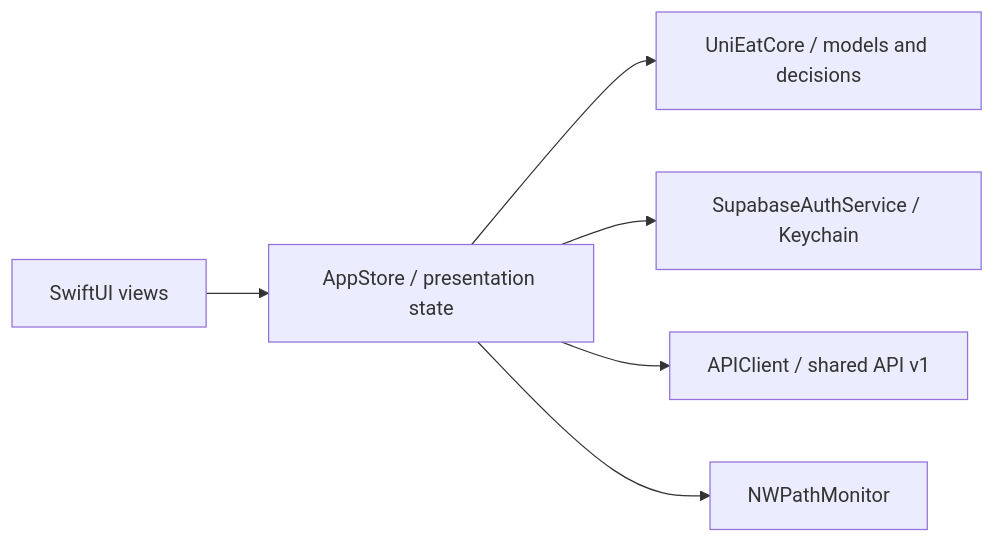
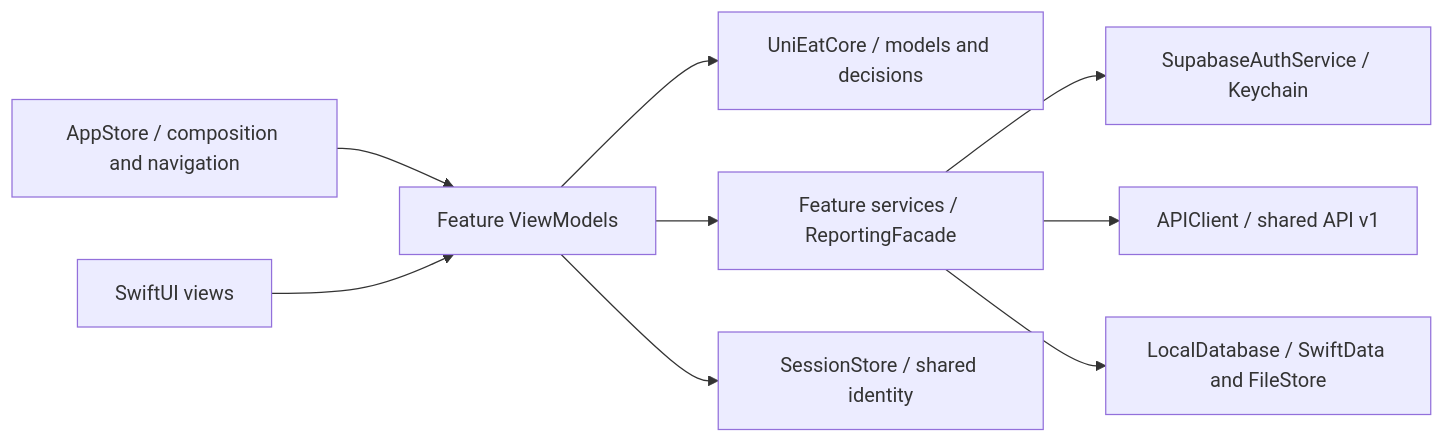
Before and after one commit to k-alvarezr/UniEat---iOS: the diagram in README.md, drawn with Mermaid. The commit also changed other lines of this file and 57 other files, not shown here.

````diff
--- a/README.md
+++ b/README.md
@@ -51,8 +51,11 @@
 ```mermaid
 flowchart LR
-    UI[SwiftUI views] --> VM[AppStore / presentation state]
+    Root[AppStore / composition and navigation] --> VM[Feature ViewModels]
+    UI[SwiftUI views] --> VM
     VM --> Core[UniEatCore / models and decisions]
-    VM --> Auth[SupabaseAuthService / Keychain]
-    VM --> API[APIClient / shared API v1]
-    VM --> Network[NWPathMonitor]
+    VM --> Services[Feature services / ReportingFacade]
+    VM --> Session[SessionStore / shared identity]
+    Services --> Auth[SupabaseAuthService / Keychain]
+    Services --> API[APIClient / shared API v1]
+    Services --> Local[LocalDatabase / SwiftData and FileStore]
 ```
````
